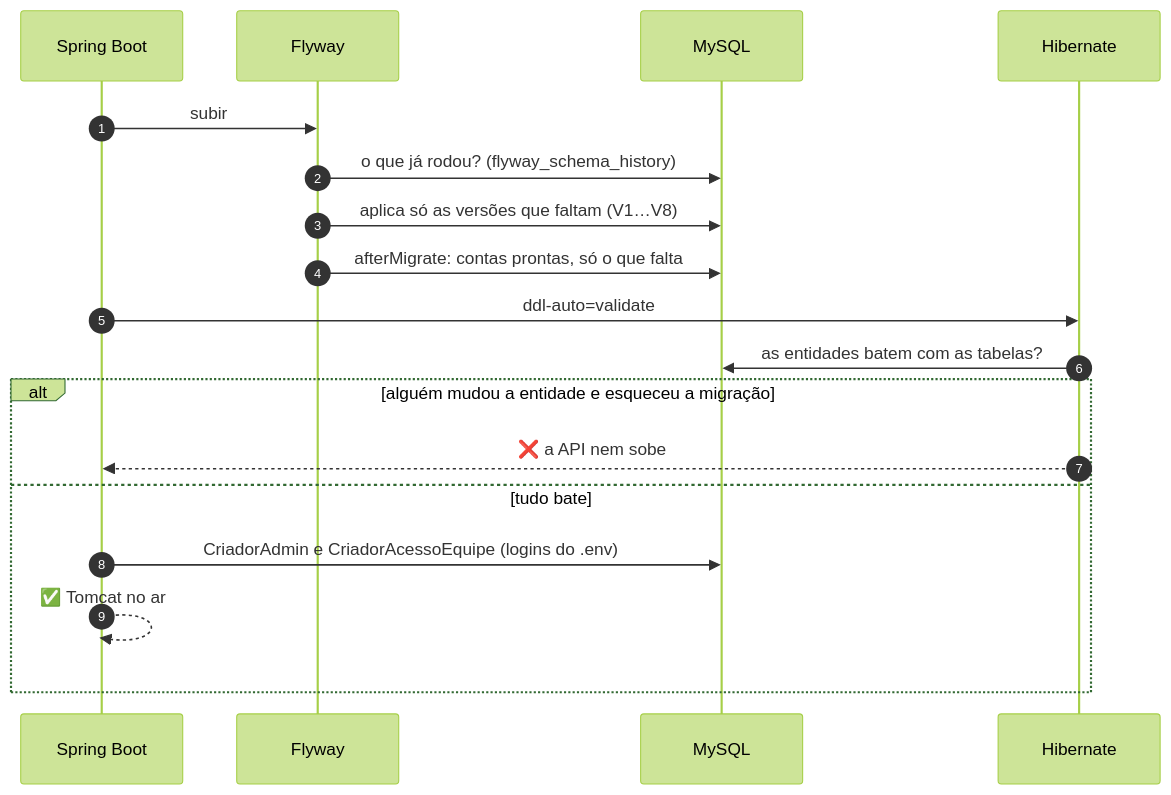
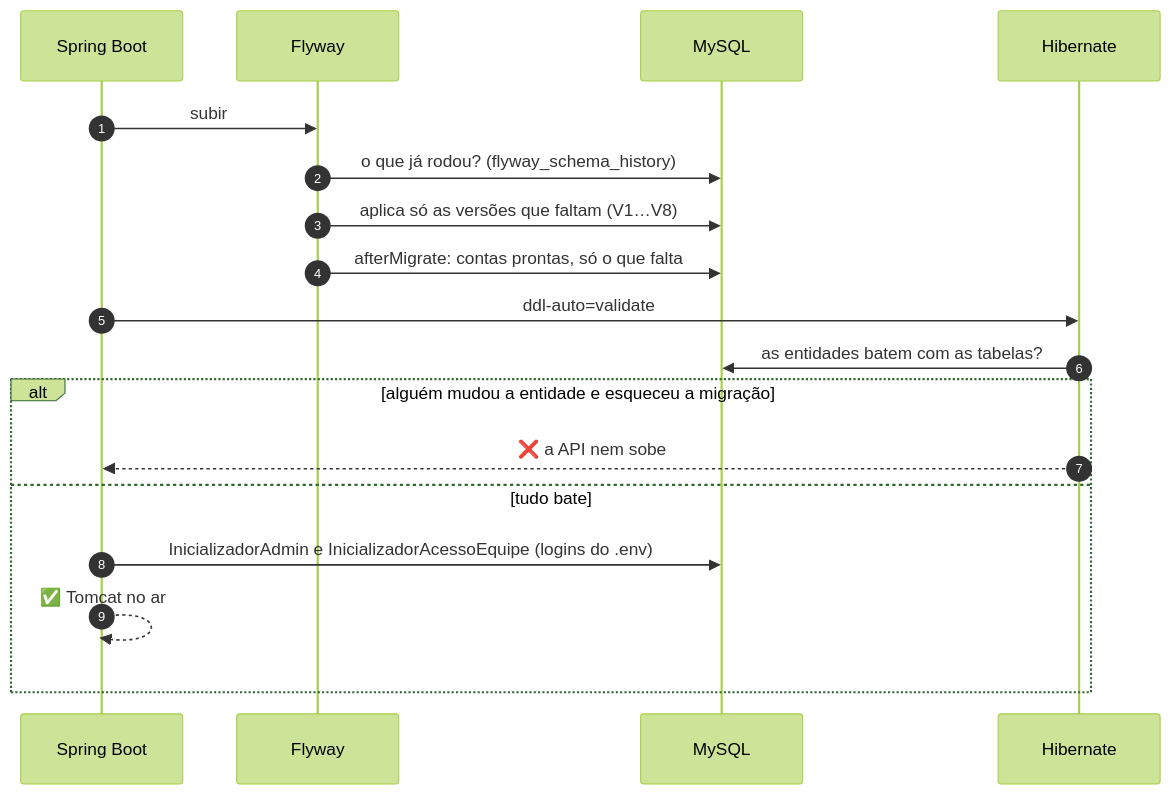
The eighth of 12 diagrams in README.md (k3vinrich4rd/rkf_bank), drawn with Mermaid (forest theme) before and after one commit. The commit also changed other lines of this file and 12 other files, not shown here.

````diff
--- a/README.md
+++ b/README.md
@@ -799,20 +799,20 @@
 ```mermaid
 sequenceDiagram
     autonumber
     participant API as Spring Boot
     participant F as Flyway
     participant DB as MySQL
     participant H as Hibernate
     API->>F: subir
     F->>DB: o que já rodou? (flyway_schema_history)
     F->>DB: aplica só as versões que faltam (V1…V8)
     F->>DB: afterMigrate: contas prontas, só o que falta
     API->>H: ddl-auto=validate
     H->>DB: as entidades batem com as tabelas?
     alt alguém mudou a entidade e esqueceu a migração
         H-->>API: ❌ a API nem sobe
     else tudo bate
-        API->>DB: CriadorAdmin e CriadorAcessoEquipe (logins do .env)
+        API->>DB: InicializadorAdmin e InicializadorAcessoEquipe (logins do .env)
         API-->>API: ✅ Tomcat no ar
     end
 ```
````
